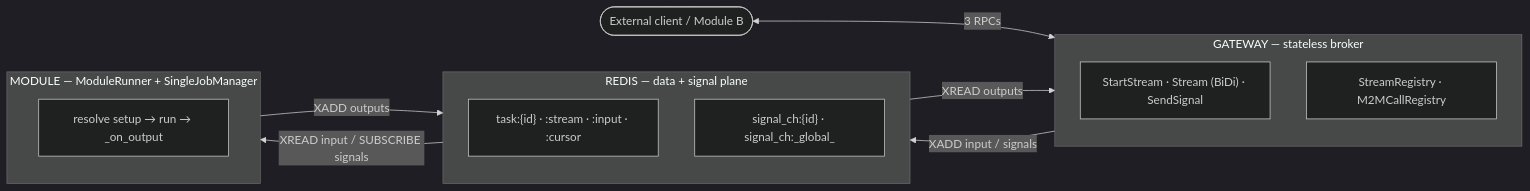
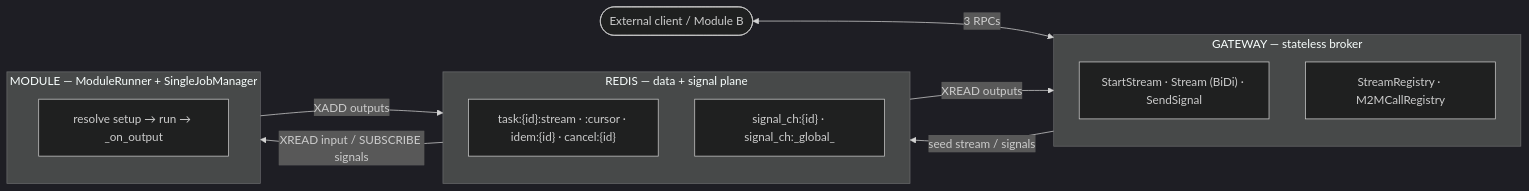
Before and after one commit to DigitalKin-ai/digitalkin: the diagram in docs/diagrams/talk-architecture.mmd, drawn with Mermaid (dark theme). The commit also changed 141 other files, not shown here.

```diff
--- a/docs/diagrams/talk-architecture.mmd
+++ b/docs/diagrams/talk-architecture.mmd
@@ -1,18 +1,18 @@
 flowchart LR
   C(["External client / Module B"])
   subgraph GW["GATEWAY — stateless broker"]
     RPC["StartStream · Stream (BiDi) · SendSignal"]
     REG["StreamRegistry · M2MCallRegistry"]
   end
   subgraph R["REDIS — data + signal plane"]
-    KS["task:{id} · :stream · :input · :cursor"]
+    KS["task:{id}:stream · :cursor · idem:{id} · cancel:{id}"]
     SG["signal_ch:{id} · signal_ch:_global_"]
   end
   subgraph M["MODULE — ModuleRunner + SingleJobManager"]
     RUN["resolve setup → run → _on_output"]
   end
   C <-->|"3 RPCs"| GW
-  GW -->|"XADD input / signals"| R
+  GW -->|"seed stream / signals"| R
   R -->|"XREAD outputs"| GW
   M -->|"XADD outputs"| R
   R -->|"XREAD input / SUBSCRIBE signals"| M
```
